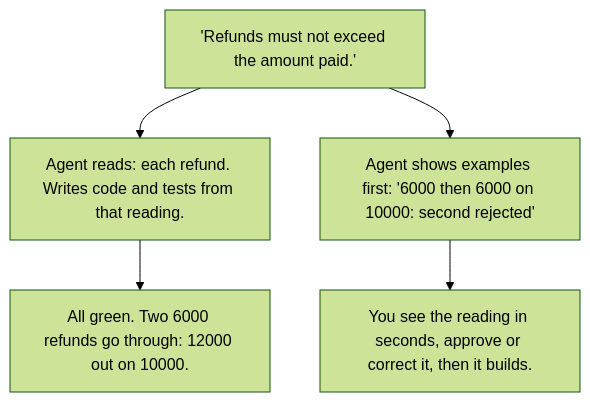
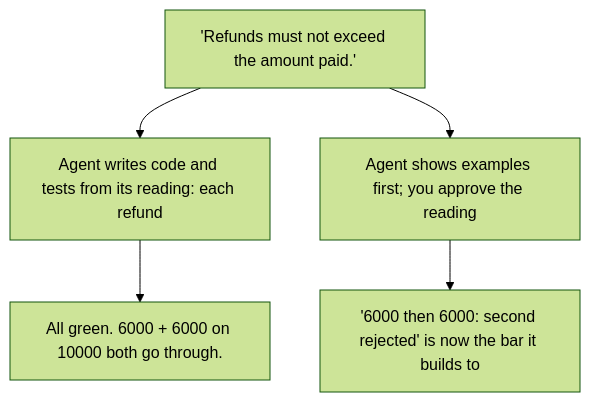
The diagram in courses/make-ai-fail-safely/day-08.md (arunveersingh/ai), drawn with Mermaid (forest theme) before and after one commit. The commit also changed other lines of this file and 4 other files, not shown here.

Commit message:
Day 8: revise as 'Self-Graded Green' (opens Part 2; own tests grade own reading)

````diff
--- a/courses/make-ai-fail-safely/day-08.md
+++ b/courses/make-ai-fail-safely/day-08.md
@@ -17,8 +17,8 @@
 ```mermaid
 flowchart TB
   S["'Refunds must not exceed the amount paid.'"]
-  S --> A["Agent reads: each refund. Writes code and tests from that reading."]
-  S --> B["Agent shows examples first: '6000 then 6000 on 10000: second rejected'"]
-  A --> W["All green. Two 6000 refunds go through: 12000 out on 10000."]
-  B --> P["You see the reading in seconds, approve or correct it, then it builds."]
+  S --> A["Agent writes code and tests from its reading: each refund"]
+  S --> B["Agent shows examples first; you approve the reading"]
+  A --> W["All green. 6000 + 6000 on 10000 both go through."]
+  B --> P["'6000 then 6000: second rejected' is now the bar it builds to"]
 ```
````
